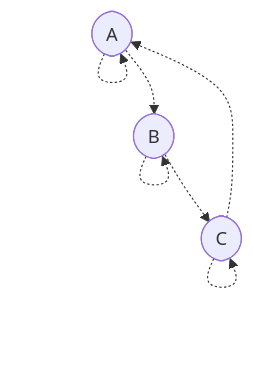
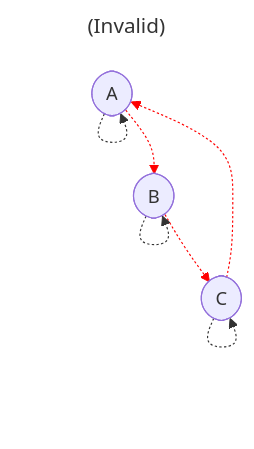
Before and after one commit to stepchowfun/proofs: the eighth of 11 diagrams in proofs/AdmissibilityGraph/README.md, drawn with Mermaid. The commit also changed other lines of this file and 2 other files, not shown here.

Commit message:
Wordsmith the admissibility graph README

````diff
--- a/proofs/AdmissibilityGraph/README.md
+++ b/proofs/AdmissibilityGraph/README.md
@@ -193,14 +198,21 @@
 ```mermaid
+---
+title: (Invalid)
+---
 flowchart TD
   a([A])
   b([B])
   c([C])
 
   a -.-> a
   b -.-> b
   c -.-> c
 
   a -.-> b
   b -.-> c
   c -.-> a
+
+  linkStyle 3 stroke:red
+  linkStyle 4 stroke:red
+  linkStyle 5 stroke:red
 ```
````
